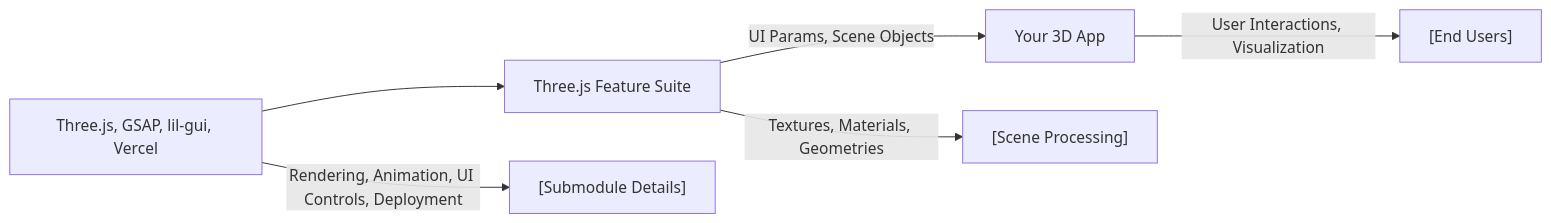
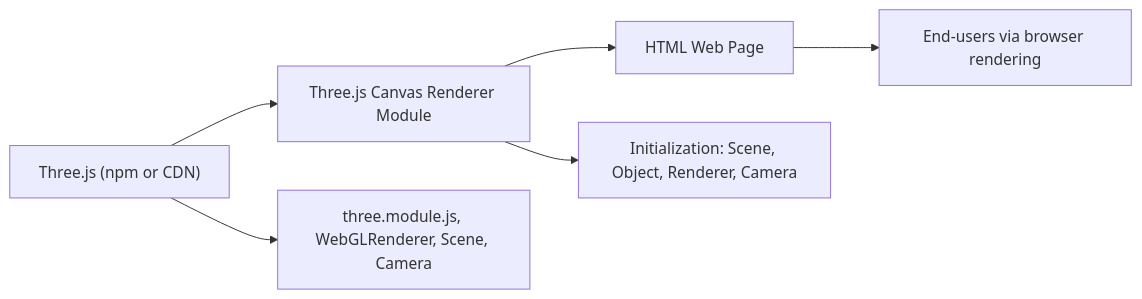
One commit to NicoooM/three-js-test changed the diagram in .shelfya/api/overview.md. Above: the diagram before and after it, drawn with Mermaid. The commit also changed other lines of this file and 6 other files, not shown here.

````diff
--- a/.shelfya/api/overview.md
+++ b/.shelfya/api/overview.md
@@ -80,8 +60,7 @@
 ```mermaid
 flowchart LR
-  dependencies["Three.js, GSAP, lil-gui, Vercel"] --> thisModule["Three.js Feature Suite"]
-  thisModule -- "UI Params, Scene Objects" --> usedBy["Your 3D App"]
-  dependencies -- "Rendering, Animation, UI Controls, Deployment" --> details["[Submodule Details]"]
-  thisModule -- "Textures, Materials, Geometries" --> process["[Scene Processing]"]
-  usedBy -- "User Interactions, Visualization" --> consumers["[End Users]"]
+  dependencies["Three.js (npm or CDN)"] --> thisModule["Three.js Canvas Renderer Module"] --> usedBy["HTML Web Page"]
+  dependencies --> details["three.module.js, WebGLRenderer, Scene, Camera"]
+  thisModule --> process["Initialization: Scene, Object, Renderer, Camera"] 
+  usedBy --> consumers["End-users via browser rendering"]
 ```
````
